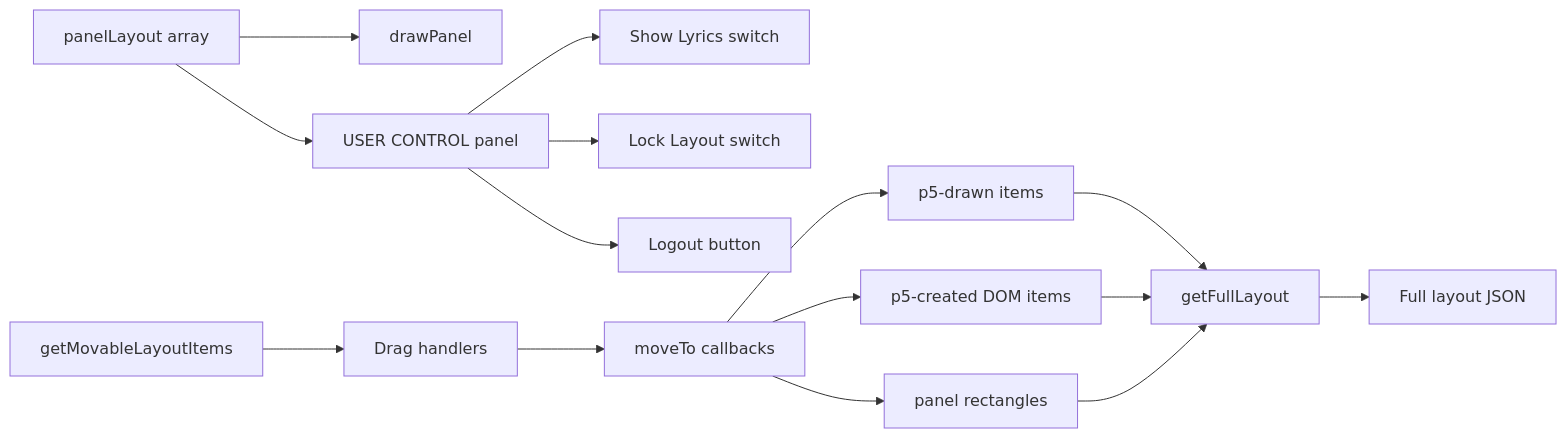
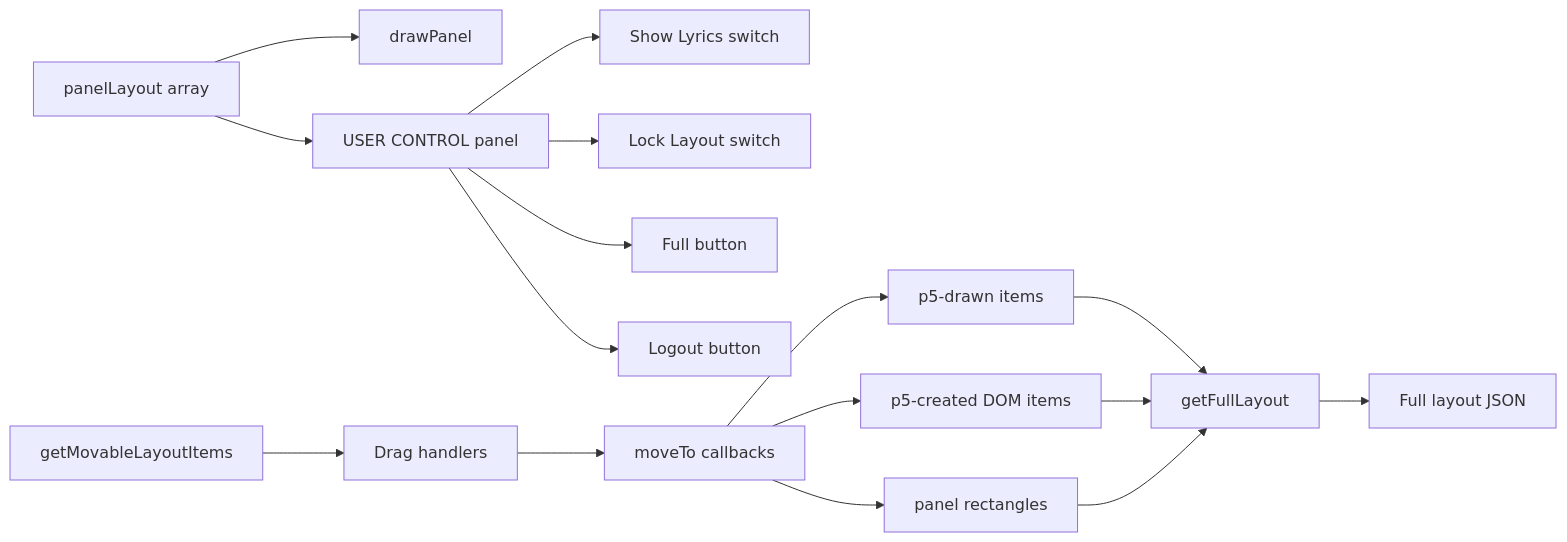
One commit to Leorivasc/neon_deck changed the ninth of 11 diagrams in doc/diagrams.md. Above: the diagram before and after it, drawn with Mermaid. The commit also changed 4 other files, not shown here.

````diff
--- a/doc/diagrams.md
+++ b/doc/diagrams.md
@@ -231,18 +231,19 @@
 ```mermaid
 flowchart LR
     PanelLayout[panelLayout array] --> DrawPanels[drawPanel]
     PanelLayout --> LayoutTools[USER CONTROL panel]
     LayoutTools --> ShowLyrics[Show Lyrics switch]
     LayoutTools --> LockLayout[Lock Layout switch]
+    LayoutTools --> Fullscreen[Full button]
     LayoutTools --> Logout[Logout button]
     Movables[getMovableLayoutItems] --> Drag[Drag handlers]
     Drag --> Apply[moveTo callbacks]
     Apply --> P5Items[p5-drawn items]
     Apply --> DomItems[p5-created DOM items]
     Apply --> Panels[panel rectangles]
 
     P5Items --> Full[getFullLayout]
     DomItems --> Full
     Panels --> Full
     Full --> Console[Full layout JSON]
 ```
````
